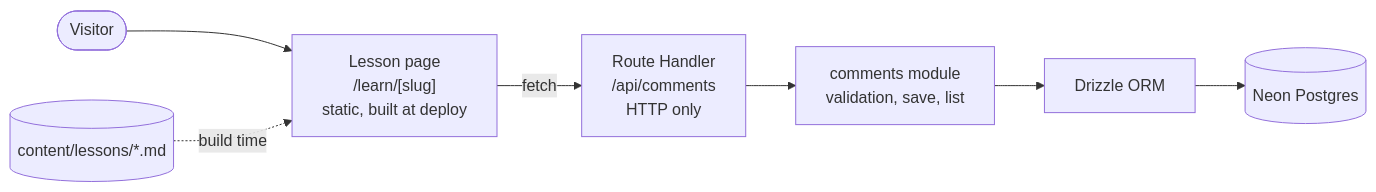
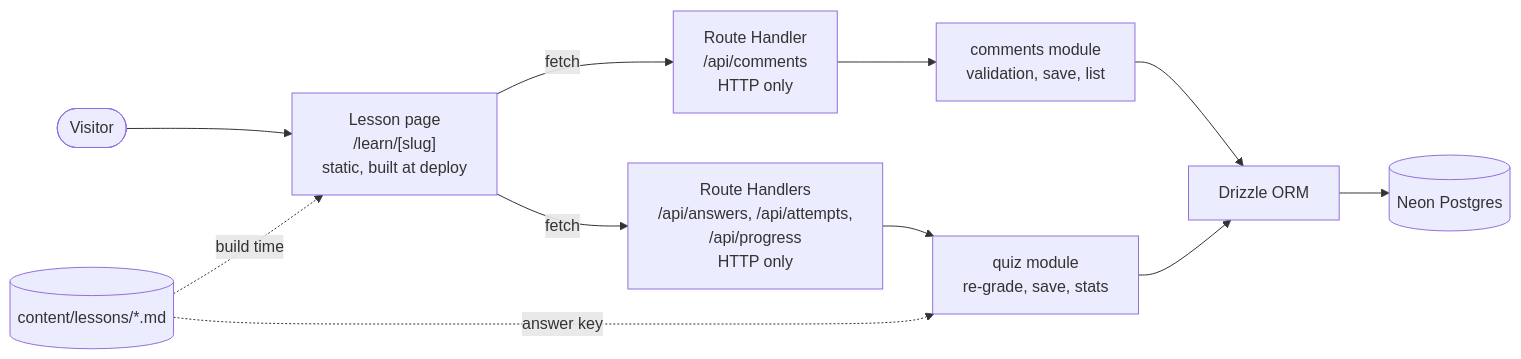
Before and after one commit to SiddharthMuramkar/idea-to-shipped: the diagram in README.md, drawn with Mermaid. The commit also changed other lines of this file and 13 other files, not shown here.

````diff
--- a/README.md
+++ b/README.md
@@ -64,9 +64,13 @@
 ```mermaid
 flowchart LR
     V([Visitor]) --> P["Lesson page<br/>/learn/[slug]<br/>static, built at deploy"]
     MD[("content/lessons/*.md")] -. build time .-> P
-    P -- "fetch" --> R["Route Handler<br/>/api/comments<br/>HTTP only"]
-    R --> C["comments module<br/>validation, save, list"]
+    P -- "fetch" --> RC["Route Handler<br/>/api/comments<br/>HTTP only"]
+    P -- "fetch" --> RQ["Route Handlers<br/>/api/answers, /api/attempts,<br/>/api/progress<br/>HTTP only"]
+    RC --> C["comments module<br/>validation, save, list"]
+    RQ --> Q["quiz module<br/>re-grade, save, stats"]
+    MD -. answer key .-> Q
     C --> D["Drizzle ORM"]
+    Q --> D
     D --> N[("Neon Postgres")]
 ```
````
